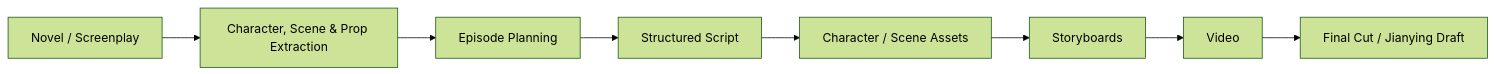
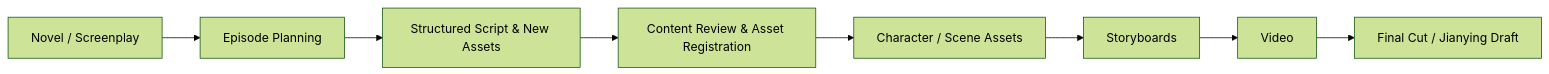
One commit to changzhangpp/ArcReel changed the second of 3 diagrams in website/i18n/en/docusaurus-plugin-content-docs/current/guide/workflows.md. Above: the diagram before and after it, drawn with Mermaid (forest theme). The commit also changed other lines of this file and 98 other files, not shown here.

````diff
--- a/website/i18n/en/docusaurus-plugin-content-docs/current/guide/workflows.md
+++ b/website/i18n/en/docusaurus-plugin-content-docs/current/guide/workflows.md
@@ -134,10 +134,10 @@
 ```mermaid
 flowchart LR
-    A["Novel / Screenplay"] --> B["Character, Scene & Prop Extraction"]
-    B --> C["Episode Planning"]
-    C --> D["Structured Script"]
+    A["Novel / Screenplay"] --> B["Episode Planning"]
+    B --> C["Structured Script & New Assets"]
+    C --> D["Content Review & Asset Registration"]
     D --> E["Character / Scene Assets"]
     E --> F["Storyboards"]
     F --> G["Video"]
     G --> H["Final Cut / Jianying Draft"]
 ```
````
